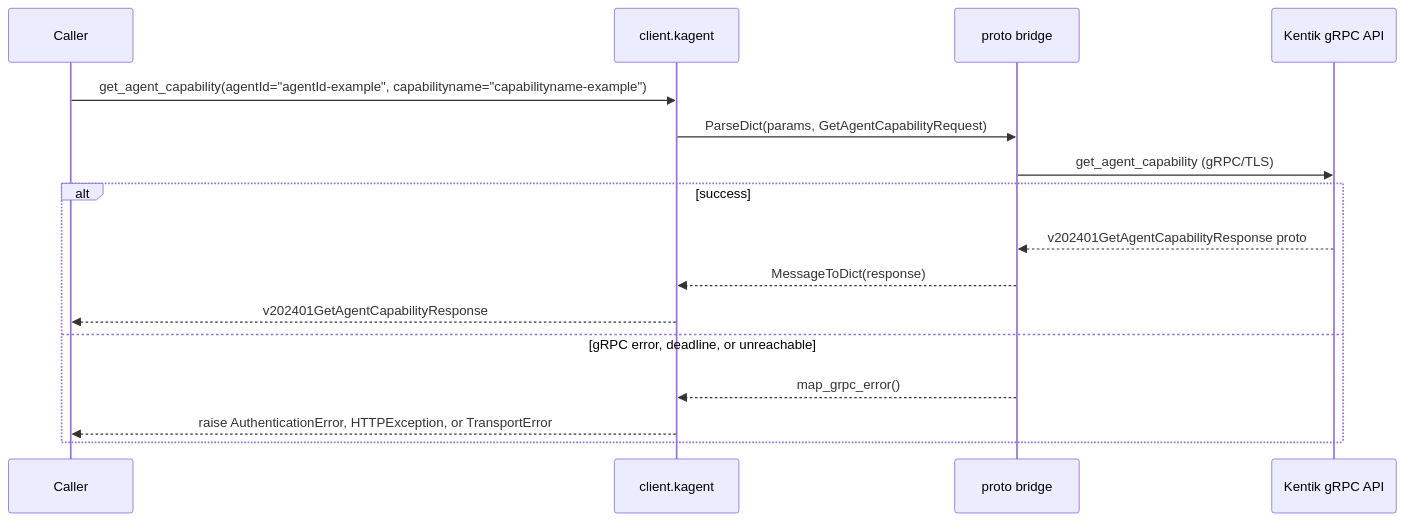
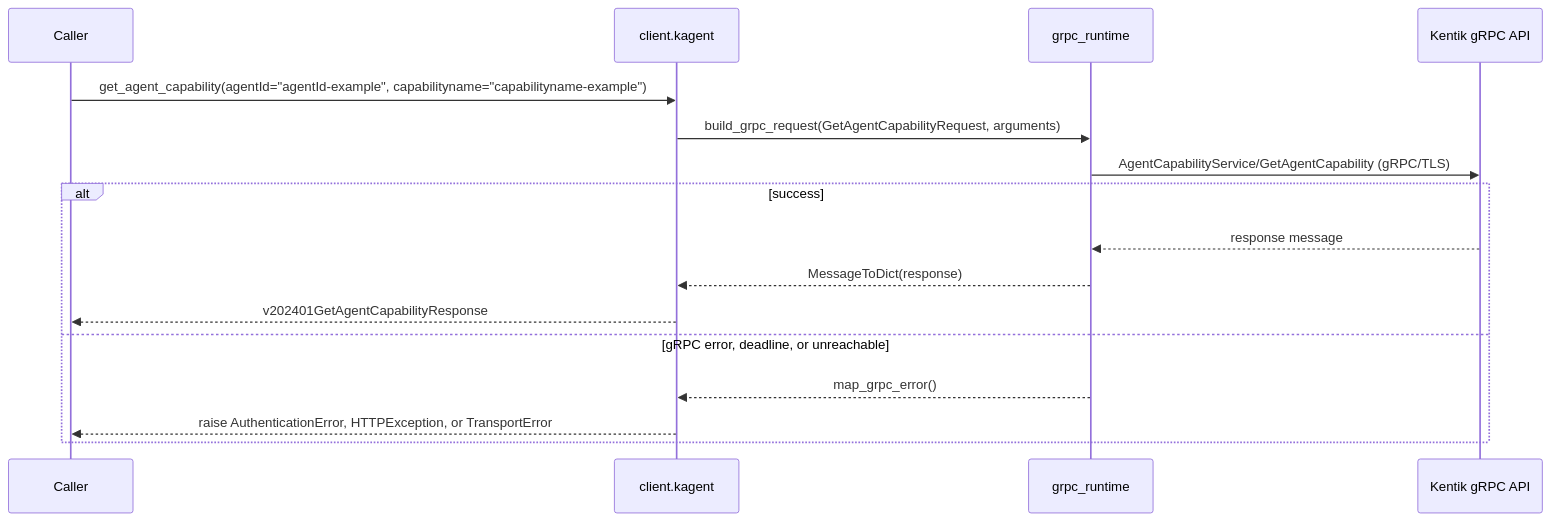
Diagram 19 of 58 in docs/sphinx/services/kagent.md (alexdearaujo/community_sdk_python), drawn with Mermaid before and after one commit. The commit also changed other lines of this file and 37 other files, not shown here.

First line of the commit message:
docs: show the real RPC in each service page's gRPC diagram

````diff
--- a/docs/sphinx/services/kagent.md
+++ b/docs/sphinx/services/kagent.md
@@ -675,19 +675,19 @@
 ```mermaid
 sequenceDiagram
     participant C as Caller
     participant W as client.kagent
-    participant B as proto bridge
+    participant R as grpc_runtime
     participant API as Kentik gRPC API
 
     C->>W: get_agent_capability(agentId="agentId-example", capabilityname="capabilityname-example")
-    W->>B: ParseDict(params, GetAgentCapabilityRequest)
-    B->>API: get_agent_capability (gRPC/TLS)
+    W->>R: build_grpc_request(GetAgentCapabilityRequest, arguments)
+    R->>API: AgentCapabilityService/GetAgentCapability (gRPC/TLS)
     alt success
-        API-->>B: v202401GetAgentCapabilityResponse proto
-        B-->>W: MessageToDict(response)
+        API-->>R: response message
+        R-->>W: MessageToDict(response)
         W-->>C: v202401GetAgentCapabilityResponse
     else gRPC error, deadline, or unreachable
-        B-->>W: map_grpc_error()
+        R-->>W: map_grpc_error()
         W-->>C: raise AuthenticationError, HTTPException, or TransportError
     end
 ```
````
